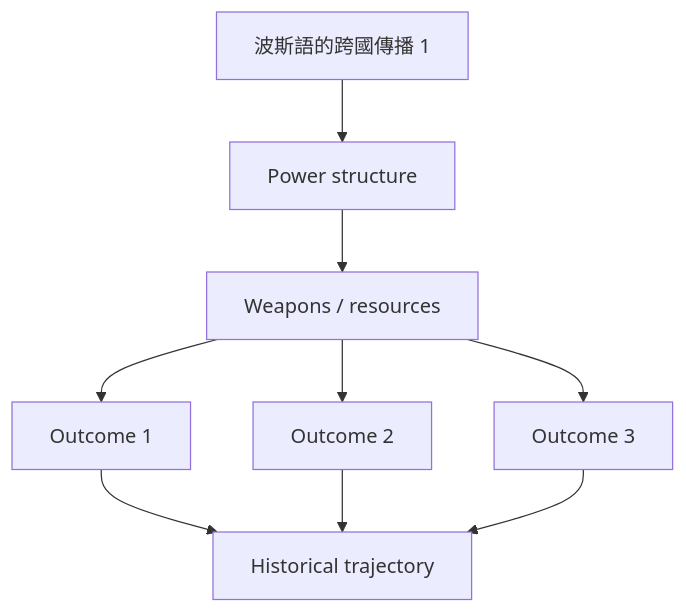
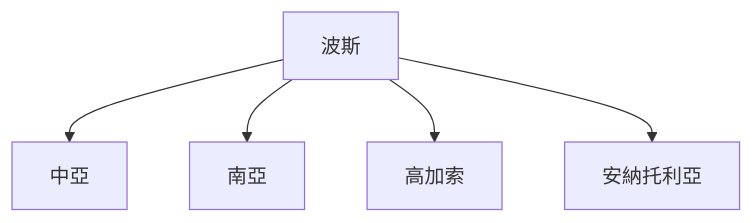
One commit to yip-lgtm/HKU-Harvard-History-Self-Study changed the second of 6 diagrams in 01_HKU_Courses/HIST2222_Persianate_World.md. Above: the diagram before and after it, drawn with Mermaid. The commit also changed other lines of this file and 48 other files, not shown here.

````diff
--- a/01_HKU_Courses/HIST2222_Persianate_World.md
+++ b/01_HKU_Courses/HIST2222_Persianate_World.md
@@ -146,11 +99,7 @@
 ```mermaid
-graph TD
-    A[波斯語的跨國傳播 1] --> B[Power structure]
-    B --> C[Weapons / resources]
-    C --> D[Outcome 1]
-    C --> E[Outcome 2]
-    C --> F[Outcome 3]
-    D --> G[Historical trajectory]
-    E --> G
-    F --> G
+flowchart TD
+    A[波斯] --> B[中亞]
+    A --> C[南亞]
+    A --> D[高加索]
+    A --> E[安納托利亞]
 ```
````
